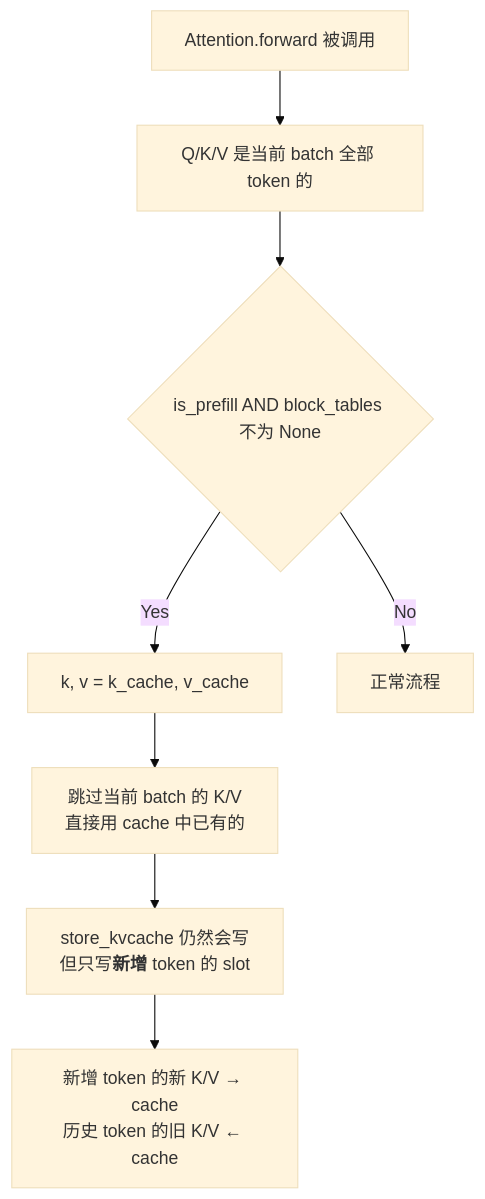
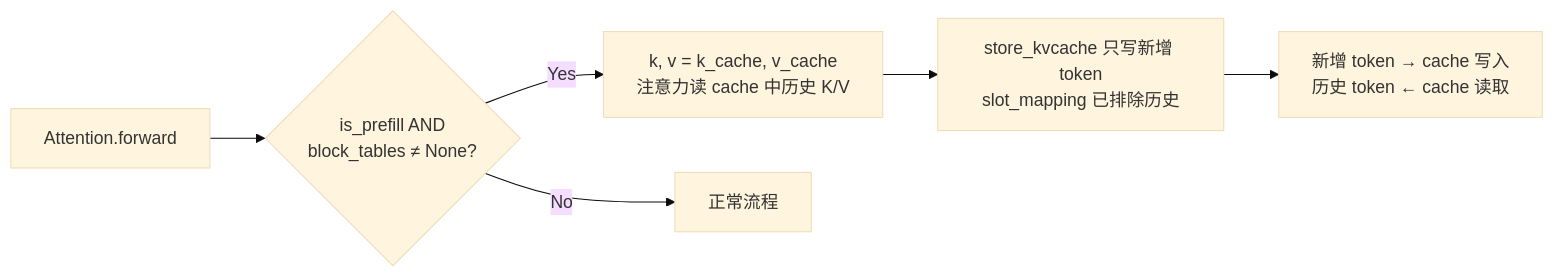
One commit to ForceInjection/nano-vllm changed the fourth of 8 diagrams in docs/llm-inference-visual/slides/slides.07.md. Above: the diagram before and after it, drawn with Mermaid (base theme). The commit also changed other lines of this file and 1 other file, not shown here.

````diff
--- a/docs/llm-inference-visual/slides/slides.07.md
+++ b/docs/llm-inference-visual/slides/slides.07.md
@@ -525,10 +556,8 @@
 ```mermaid {scale: 0.65}
-flowchart TD
-    A["Attention.forward 被调用"] --> B["Q/K/V 是当前 batch 全部 token 的"]
-    B --> C{"is_prefill AND block_tables 不为 None"}
-    C -- Yes --> D["k, v = k_cache, v_cache"]
-    D --> E["跳过当前 batch 的 K/V<br/>直接用 cache 中已有的"]
-    E --> F["store_kvcache 仍然会写<br/>但只写<strong>新增</strong> token 的 slot"]
-    F --> G["新增 token 的新 K/V → cache<br/>历史 token 的旧 K/V ← cache"]
-    C -- No --> H["正常流程"]
+flowchart LR
+    A["Attention.forward"] --> B{"is_prefill AND<br/>block_tables ≠ None?"}
+    B -- Yes --> C["k, v = k_cache, v_cache<br/>注意力读 cache 中历史 K/V"]
+    C --> D["store_kvcache 只写新增 token<br/>slot_mapping 已排除历史"]
+    D --> E["新增 token → cache 写入<br/>历史 token ← cache 读取"]
+    B -- No --> F["正常流程"]
 ```
````
